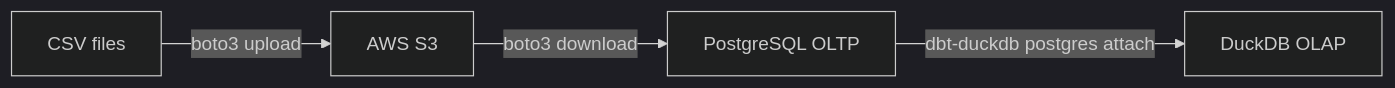
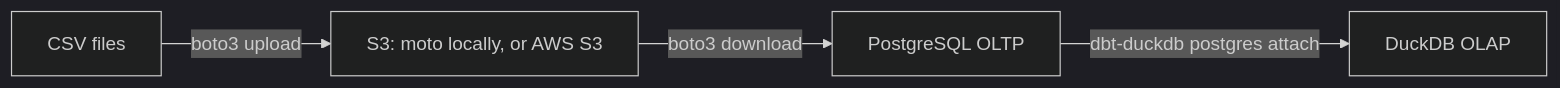
One commit to tryph0n/fitconnect-dbt-duckdb changed the diagram in README.md. Above: the diagram before and after it, drawn with Mermaid (dark theme). The commit also changed other lines of this file, not shown here.

````diff
--- a/README.md
+++ b/README.md
@@ -24,6 +45,6 @@
 ```mermaid
 graph LR
-    CSV[CSV files] -->|boto3 upload| S3[AWS S3]
+    CSV[CSV files] -->|boto3 upload| S3[S3: moto locally, or AWS S3]
     S3 -->|boto3 download| PG[PostgreSQL OLTP]
     PG -->|dbt-duckdb postgres attach| DUCK[DuckDB OLAP]
 ```
````
